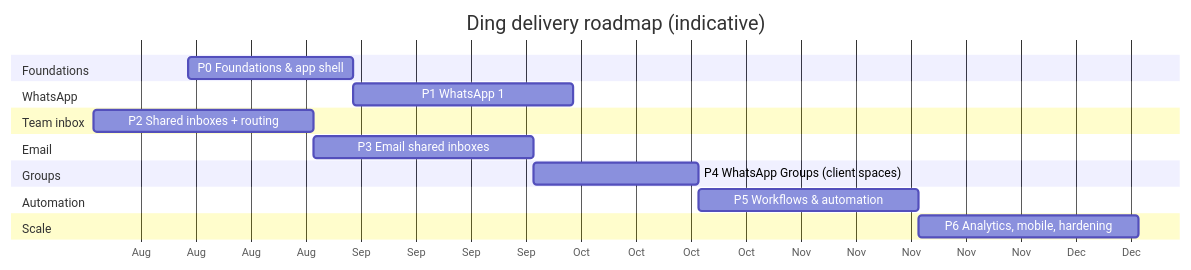
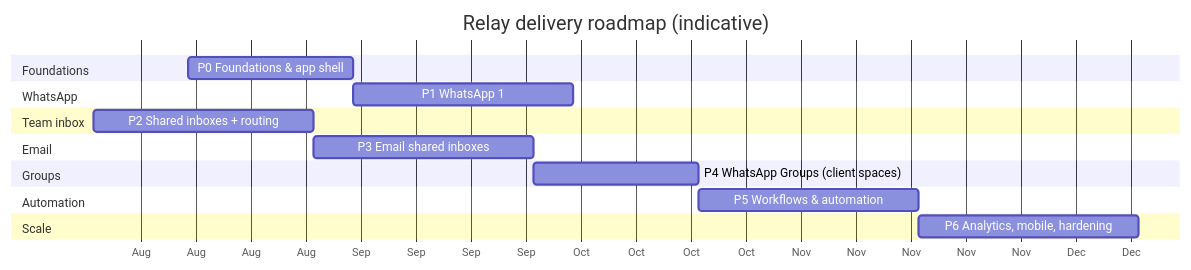
Before and after one commit to Nathan-swiftee/NestConnect: the diagram in docs/06-roadmap.md, drawn with Mermaid. The commit also changed other lines of this file and 14 other files, not shown here.

````diff
--- a/docs/06-roadmap.md
+++ b/docs/06-roadmap.md
@@ -7,20 +7,20 @@
 ```mermaid
 gantt
-    title Ding delivery roadmap (indicative)
+    title Relay delivery roadmap (indicative)
     dateFormat  YYYY-MM-DD
     axisFormat  %b
     section Foundations
     P0 Foundations & app shell         :p0, 2026-08-15, 3w
     section WhatsApp
     P1 WhatsApp 1:1 MVP                 :p1, after p0, 4w
     section Team inbox
     P2 Shared inboxes + routing         :p2, after p1, 4w
     section Email
     P3 Email shared inboxes             :p3, after p2, 4w
     section Groups
     P4 WhatsApp Groups (client spaces)  :p4, after p3, 3w
     section Automation
     P5 Workflows & automation           :p5, after p4, 4w
     section Scale
     P6 Analytics, mobile, hardening     :p6, after p5, 4w
 ```
````
